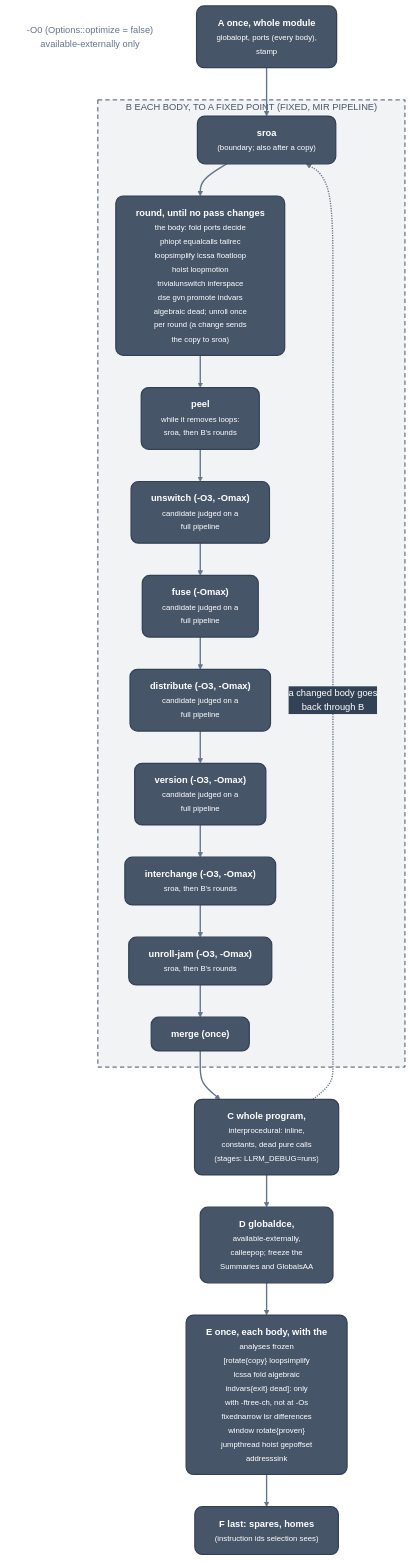
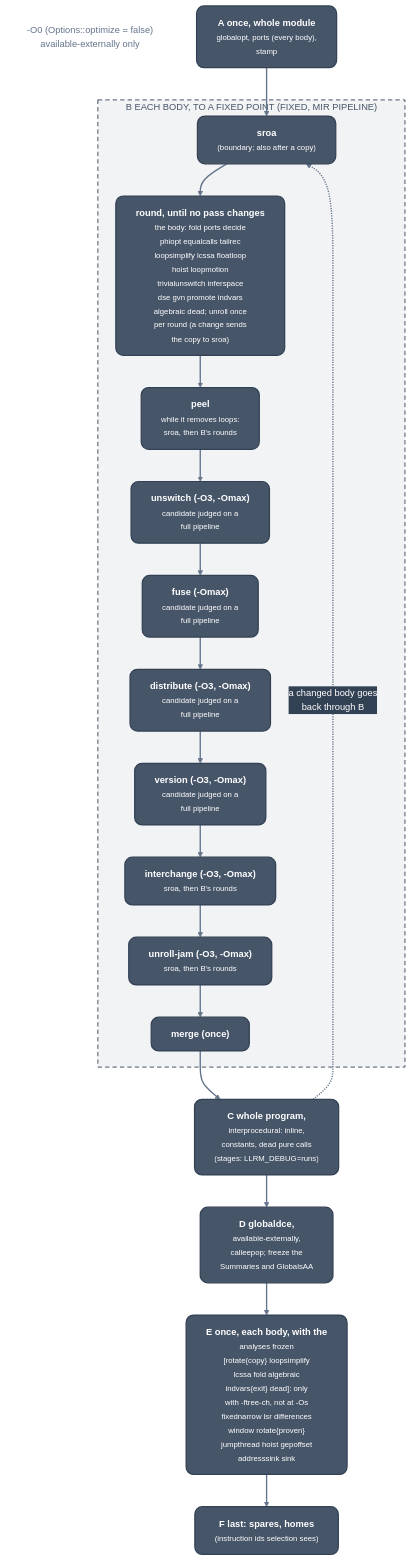
The diagram in docs/optimizations/passes/pipeline.md (ali-mosavian/llrm), drawn with Mermaid before and after one commit. The commit also changed other lines of this file and 10 other files, not shown here.

Commit message:
perf(sink): a load read only below a branch moves below it (gcc -ftree-sink)

````diff
--- a/docs/optimizations/passes/pipeline.md
+++ b/docs/optimizations/passes/pipeline.md
@@ -18,41 +18,41 @@
 ```mermaid
 %%{init: {'theme':'base','themeVariables':{'fontFamily':'Segoe UI, Helvetica Neue, Arial, DejaVu Sans, sans-serif','fontSize':'15px','primaryColor':'#475569','primaryTextColor':'#ffffff','primaryBorderColor':'#334155','lineColor':'#64748b','secondaryColor':'#475569','tertiaryColor':'transparent','clusterBkg':'transparent','clusterBorder':'#64748b','edgeLabelBackground':'#334155','textColor':'#64748b','titleColor':'#64748b'},'flowchart':{'curve':'basis','nodeSpacing':38,'rankSpacing':52,'padding':16,'wrappingWidth':360,'htmlLabels':true,'useMaxWidth':true}}}%%
 flowchart TB
   classDef mid fill:#475569,stroke:#334155,stroke-width:2px,color:#ffffff,rx:12px,ry:12px
   classDef note fill:transparent,stroke:transparent,color:#64748b
   linkStyle default stroke:#64748b,stroke-width:2.2px
   o0["-O0 (Options::optimize = false)<br/>available-externally only"]:::note
   a["<b>A  once, whole module</b><br/><small>globalopt, ports (every body),<br/>stamp</small>"]:::mid
   subgraph g_b["B  EACH BODY, TO A FIXED POINT (FIXED, MIR PIPELINE)"]
     sroa["<b>sroa</b><br/><small>(boundary#59; also after a copy)</small>"]:::mid
     rnd["<b>round, until no pass changes</b><br/><small>the body: fold ports decide<br/>phiopt equalcalls tailrec<br/>loopsimplify lcssa floatloop<br/>hoist loopmotion<br/>trivialunswitch inferspace<br/>dse gvn promote indvars<br/>algebraic dead#59; unroll once<br/>per round (a change sends<br/>the copy to sroa)</small>"]:::mid
     peel["<b>peel</b><br/><small>while it removes loops:<br/>sroa, then B's rounds</small>"]:::mid
     unsw["<b>unswitch (-O3, -Omax)</b><br/><small>candidate judged on a<br/>full pipeline</small>"]:::mid
     dist["<b>distribute (-O3, -Omax)</b><br/><small>candidate judged on a<br/>full pipeline</small>"]:::mid
     ver["<b>version (-O3, -Omax)</b><br/><small>candidate judged on a<br/>full pipeline</small>"]:::mid
     fuse["<b>fuse (-Omax)</b><br/><small>candidate judged on a<br/>full pipeline</small>"]:::mid
     swap["<b>interchange (-O3, -Omax)</b><br/><small>sroa, then B's rounds</small>"]:::mid
     jam["<b>unroll-jam (-O3, -Omax)</b><br/><small>sroa, then B's rounds</small>"]:::mid
     mrg["<b>merge (once)</b>"]:::mid
   end
   c["<b>C  whole program,</b><br/><small>interprocedural: inline,<br/>constants, dead pure calls<br/>(stages: LLRM_DEBUG=runs)</small>"]:::mid
   d["<b>D  globaldce,</b><br/><small>available-externally,<br/>calleepop#59; freeze the<br/>Summaries and GlobalsAA</small>"]:::mid
-  e["<b>E  once, each body, with the</b><br/><small>analyses frozen<br/>[rotate#123;copy#125; loopsimplify<br/>lcssa fold algebraic<br/>indvars#123;exit#125; dead]: only<br/>with -ftree-ch, not at -Os<br/>fixednarrow lsr differences<br/>window rotate#123;proven#125;<br/>jumpthread hoist gepoffset<br/>addresssink</small>"]:::mid
+  e["<b>E  once, each body, with the</b><br/><small>analyses frozen<br/>[rotate#123;copy#125; loopsimplify<br/>lcssa fold algebraic<br/>indvars#123;exit#125; dead]: only<br/>with -ftree-ch, not at -Os<br/>fixednarrow lsr differences<br/>window rotate#123;proven#125;<br/>jumpthread hoist gepoffset<br/>addresssink sink</small>"]:::mid
   f["<b>F  last: spares, homes</b><br/><small>(instruction ids selection sees)</small>"]:::mid
   a --> sroa
   sroa --> rnd
   rnd --> peel
   peel --> unsw
   unsw --> fuse
   fuse --> dist
   dist --> ver
   ver --> swap
   swap --> jam
   jam --> mrg
   mrg --> c
   c -.->|"a changed body goes<br/>back through B"| sroa
   c --> d
   d --> e
   e --> f
   style g_b fill:#47556912,stroke:#475569,stroke-width:1.6px,stroke-dasharray:7 5,color:#475569
 ```
````
